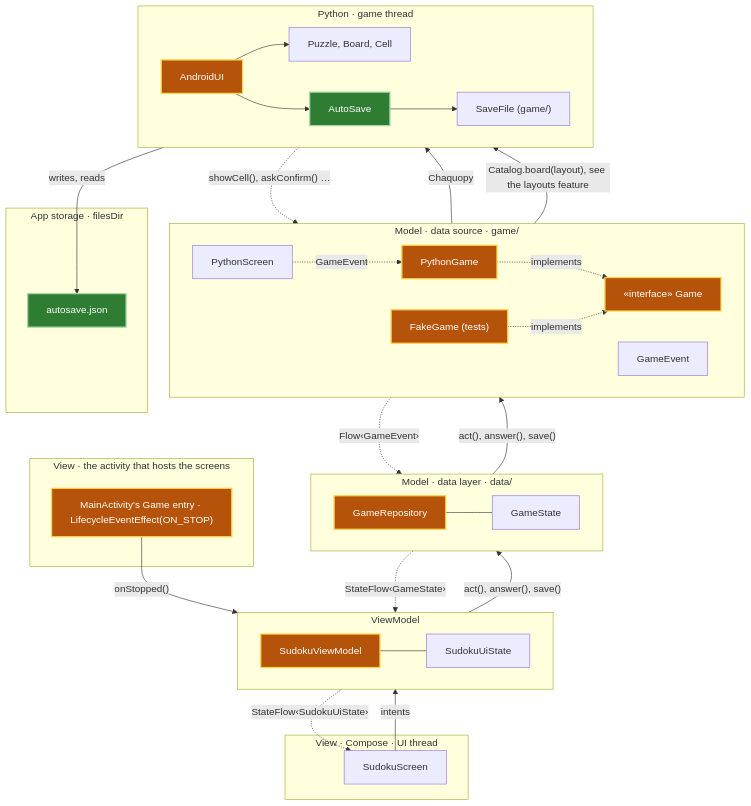
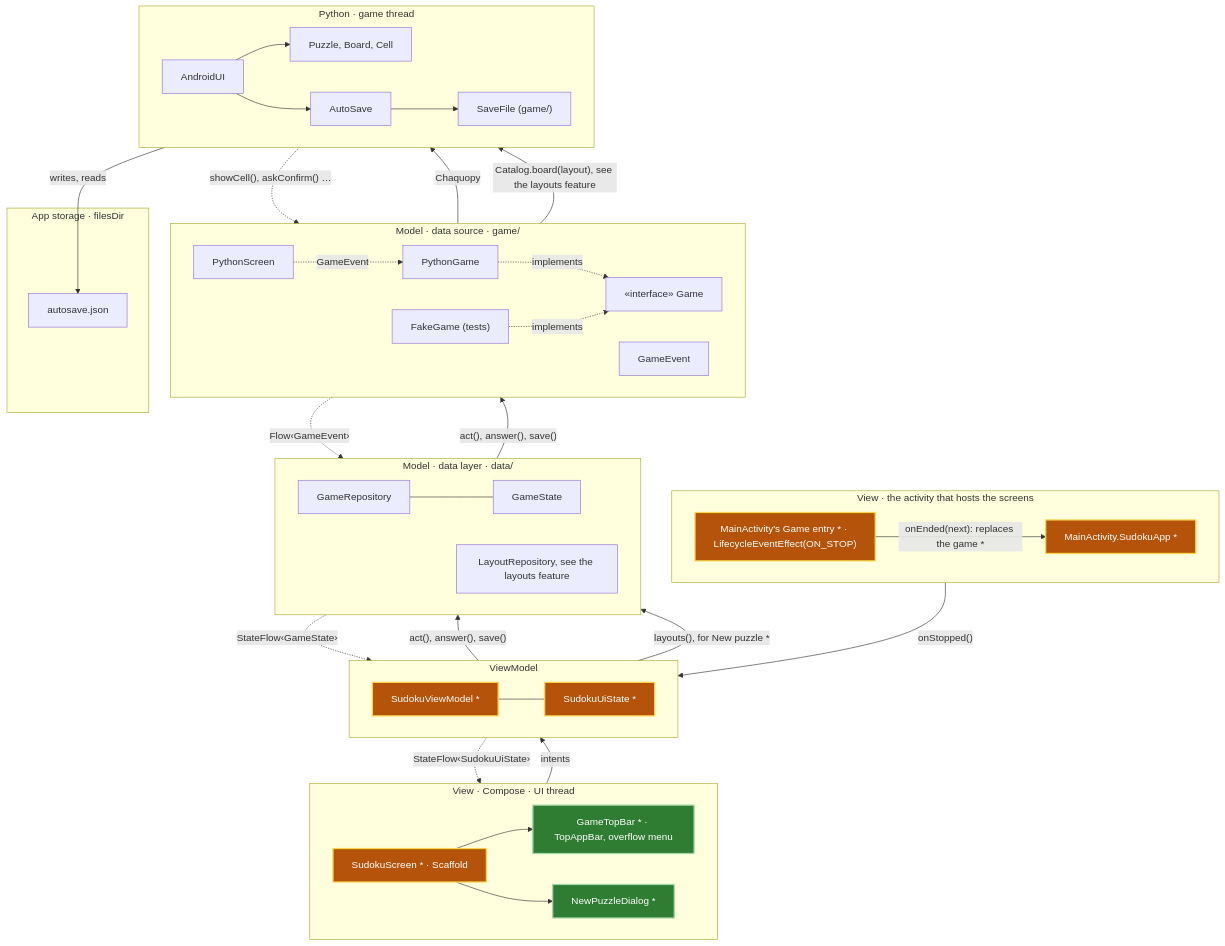
One commit to aivanov61/sudoku-solver changed the fifth of 9 diagrams in android/docs/architecture.md. Above: the diagram before and after it, drawn with Mermaid. The commit also changed other lines of this file, not shown here.

Commit message:
Plan phase 6 in the architecture doc: a top app bar whose overflow menu starts a new puzzle, asking first when the board has values, and ends the game for the route the splash would take next.

````diff
--- a/android/docs/architecture.md
+++ b/android/docs/architecture.md
@@ -245,57 +246,64 @@
 ```mermaid
 flowchart TB
     subgraph Host["View · the activity that hosts the screens"]
-        GameEntry["MainActivity's Game entry · LifecycleEventEffect(ON_STOP)"]
+        direction LR
+        SudokuApp["MainActivity.SudokuApp *"]
+        GameEntry["MainActivity's Game entry * · LifecycleEventEffect(ON_STOP)"]
     end
 
     subgraph View["View · Compose · UI thread"]
-        SudokuScreen
+        direction LR
+        SudokuScreen["SudokuScreen * · Scaffold"] --> GameTopBar["GameTopBar * · TopAppBar, overflow menu"]
+        SudokuScreen --> NewPuzzleDialog["NewPuzzleDialog *"]
     end
 
     subgraph VM["ViewModel"]
         direction LR
-        SudokuViewModel["SudokuViewModel"] --- SudokuUiState
+        SudokuViewModel["SudokuViewModel *"] --- SudokuUiState["SudokuUiState *"]
     end
 
     subgraph DataLayer["Model · data layer · data/"]
         direction LR
         GameRepository["GameRepository"] --- GameState
+        LayoutRepository["LayoutRepository, see the layouts feature"]
     end
 
     subgraph DataSource["Model · data source · game/"]
         direction LR
         PythonGame["PythonGame"] -. implements .-> Game["«interface» Game"]
         GameEvent
         FakeGame["FakeGame (tests)"] -. implements .-> Game
         PythonScreen
     end
 
     subgraph Python["Python · game thread"]
         direction LR
         AndroidUI["AndroidUI"] --> Puzzle["Puzzle, Board, Cell"]
         AndroidUI --> AutoSave["AutoSave"]
         AutoSave --> SaveFile["SaveFile (game/)"]
     end
 
     subgraph Storage["App storage · filesDir"]
         AutoSaveFile["autosave.json"]
     end
 
     GameEntry -- "onStopped()" --> SudokuViewModel
+    GameEntry -- "onEnded(next): replaces the game *" --> SudokuApp
     SudokuScreen -- "intents" --> SudokuViewModel
     SudokuViewModel -. "StateFlow‹SudokuUiState›" .-> SudokuScreen
     SudokuViewModel -- "act(), answer(), save()" --> GameRepository
+    SudokuViewModel -- "layouts(), for New puzzle *" --> LayoutRepository
     GameRepository -. "StateFlow‹GameState›" .-> SudokuViewModel
     GameRepository -- "act(), answer(), save()" --> Game
     Game -. "Flow‹GameEvent›" .-> GameRepository
     PythonGame -- "Chaquopy" --> AndroidUI
     AndroidUI -. "showCell(), askConfirm() …" .-> PythonScreen
     PythonScreen -. "GameEvent" .-> PythonGame
     PythonGame -- "Catalog.board(layout), see the layouts feature" --> AndroidUI
     SaveFile -- "writes, reads" --> AutoSaveFile
 
     classDef new fill:#2e7d32,stroke:#a5d6a7,stroke-width:2px,color:#ffffff
     classDef changed fill:#b45309,stroke:#fcd34d,stroke-width:2px,color:#ffffff
-    class AutoSave,AutoSaveFile new
-    class GameEntry,SudokuViewModel,GameRepository,PythonGame,Game,FakeGame,AndroidUI changed
+    class GameTopBar,NewPuzzleDialog new
+    class SudokuApp,GameEntry,SudokuScreen,SudokuViewModel,SudokuUiState changed
 ```
````
